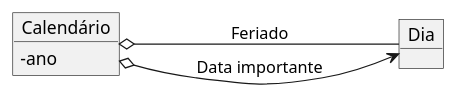
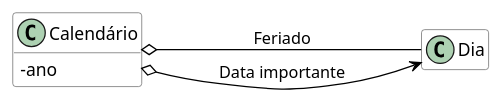
Before and after one commit to kyriosdata/oo: the diagram in imagens/modelos-07/mod07ima15/mod07ima15.plantuml, drawn with PlantUML. The commit also changed 4 other files, not shown here.

Commit message:
mod07ima1115

```diff
--- a/imagens/modelos-07/mod07ima15/mod07ima15.plantuml
+++ b/imagens/modelos-07/mod07ima15/mod07ima15.plantuml
@@ -1,9 +1,17 @@
-@startuml mod07ima15
+@startuml mod07ima15hide circle
+hide methods
+hide empty members
+
+skinparam class {
+    BackgroundColor White
+    ArrowColor Black
+    BorderColor #505050
+}
 skinparam ClassAttributeIconSize 0
-object "Calendário" as ca
+class "Calendário" as ca
 ca : - ano
-object "Dia" as di
+class "Dia" as di
 left to right direction
 ca o-down- di : Feriado
 ca o---> di : Data importante
 @enduml
```
